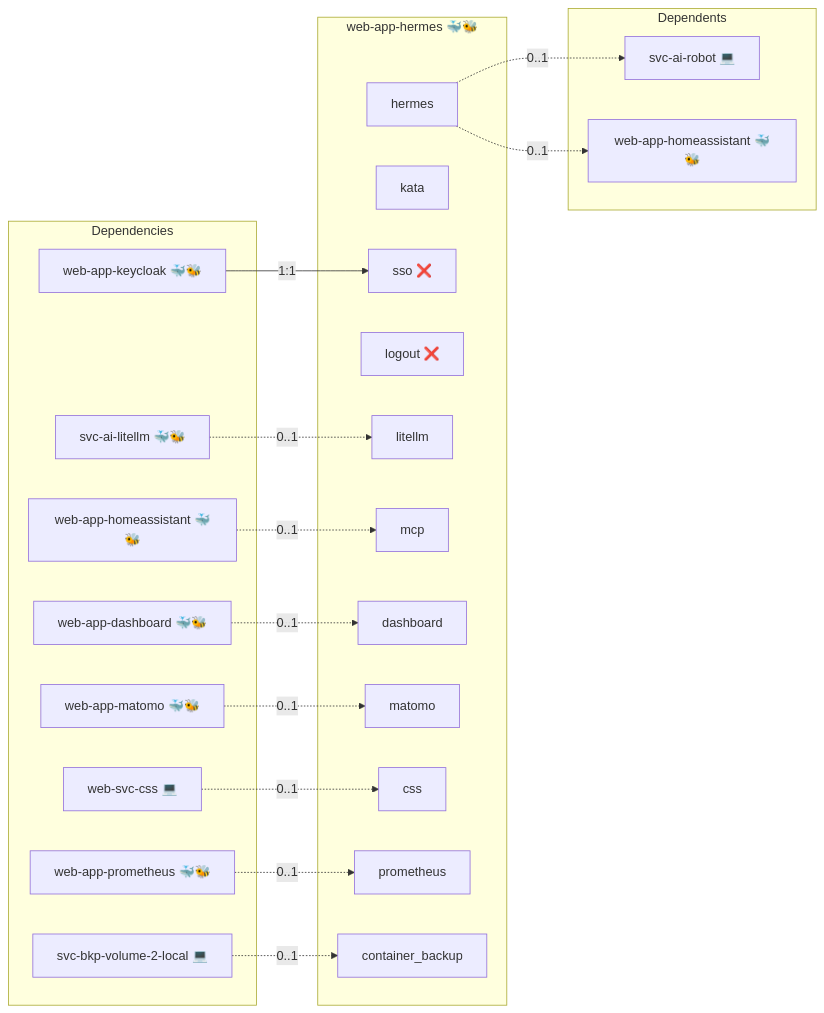
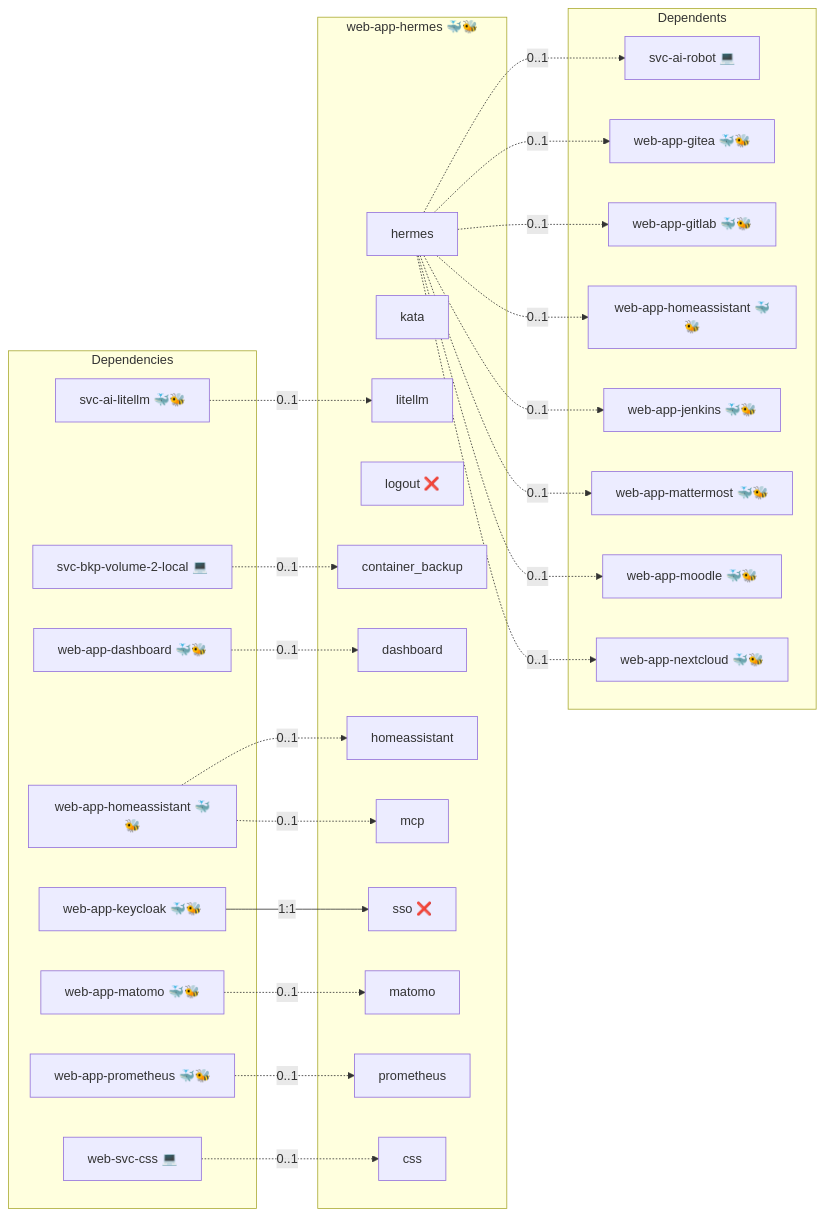
One commit to infinito-nexus/core changed the diagram in roles/web-app-hermes/README.md. Above: the diagram before and after it, drawn with Mermaid. The commit also changed other lines of this file and 13 other files, not shown here.

````diff
--- a/roles/web-app-hermes/README.md
+++ b/roles/web-app-hermes/README.md
@@ -15,40 +15,54 @@
 ```mermaid
 flowchart LR
     subgraph deps [Dependencies]
         dep_svc_ai_litellm["svc-ai-litellm 🐳🐝"]
         dep_svc_bkp_volume_2_local["svc-bkp-volume-2-local 💻"]
         dep_web_app_dashboard["web-app-dashboard 🐳🐝"]
         dep_web_app_homeassistant["web-app-homeassistant 🐳🐝"]
         dep_web_app_keycloak["web-app-keycloak 🐳🐝"]
         dep_web_app_matomo["web-app-matomo 🐳🐝"]
         dep_web_app_prometheus["web-app-prometheus 🐳🐝"]
         dep_web_svc_css["web-svc-css 💻"]
     end
     subgraph role [web-app-hermes 🐳🐝]
         svc_hermes["hermes"]
         svc_kata["kata"]
         svc_sso["sso ❌"]
         svc_logout["logout ❌"]
         svc_litellm["litellm"]
         svc_mcp["mcp"]
         svc_dashboard["dashboard"]
         svc_matomo["matomo"]
         svc_css["css"]
         svc_prometheus["prometheus"]
         svc_container_backup["container_backup"]
+        svc_homeassistant["homeassistant"]
     end
     subgraph dependents [Dependents]
         dpt_svc_ai_robot["svc-ai-robot 💻"]
+        dpt_web_app_gitea["web-app-gitea 🐳🐝"]
+        dpt_web_app_gitlab["web-app-gitlab 🐳🐝"]
         dpt_web_app_homeassistant["web-app-homeassistant 🐳🐝"]
+        dpt_web_app_jenkins["web-app-jenkins 🐳🐝"]
+        dpt_web_app_mattermost["web-app-mattermost 🐳🐝"]
+        dpt_web_app_moodle["web-app-moodle 🐳🐝"]
+        dpt_web_app_nextcloud["web-app-nextcloud 🐳🐝"]
     end
     dep_svc_ai_litellm -. "0..1" .-> svc_litellm
     dep_svc_bkp_volume_2_local -. "0..1" .-> svc_container_backup
     dep_web_app_dashboard -. "0..1" .-> svc_dashboard
+    dep_web_app_homeassistant -. "0..1" .-> svc_homeassistant
     dep_web_app_homeassistant -. "0..1" .-> svc_mcp
     dep_web_app_keycloak -- "1:1" --> svc_sso
     dep_web_app_matomo -. "0..1" .-> svc_matomo
     dep_web_app_prometheus -. "0..1" .-> svc_prometheus
     dep_web_svc_css -. "0..1" .-> svc_css
     svc_hermes -. "0..1" .-> dpt_svc_ai_robot
+    svc_hermes -. "0..1" .-> dpt_web_app_gitea
+    svc_hermes -. "0..1" .-> dpt_web_app_gitlab
     svc_hermes -. "0..1" .-> dpt_web_app_homeassistant
+    svc_hermes -. "0..1" .-> dpt_web_app_jenkins
+    svc_hermes -. "0..1" .-> dpt_web_app_mattermost
+    svc_hermes -. "0..1" .-> dpt_web_app_moodle
+    svc_hermes -. "0..1" .-> dpt_web_app_nextcloud
 ```
````
